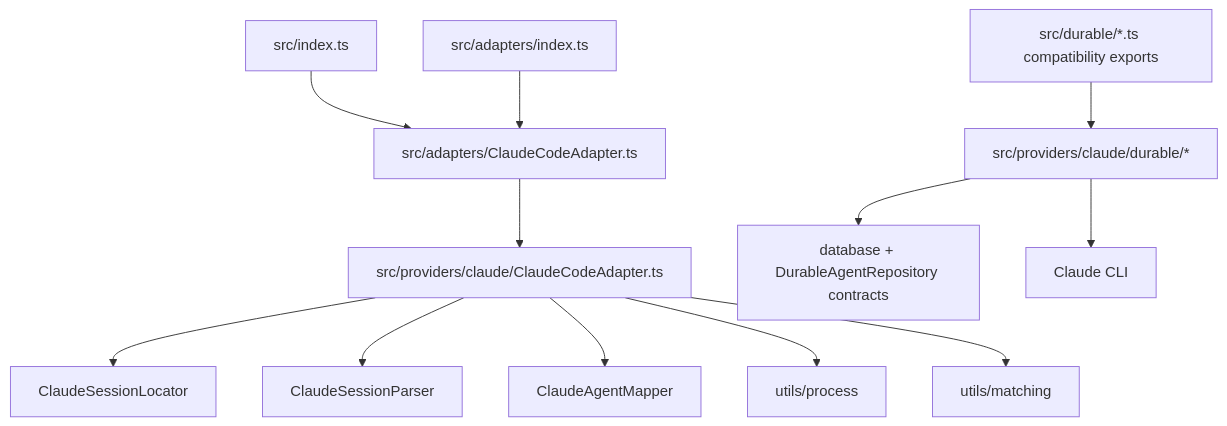
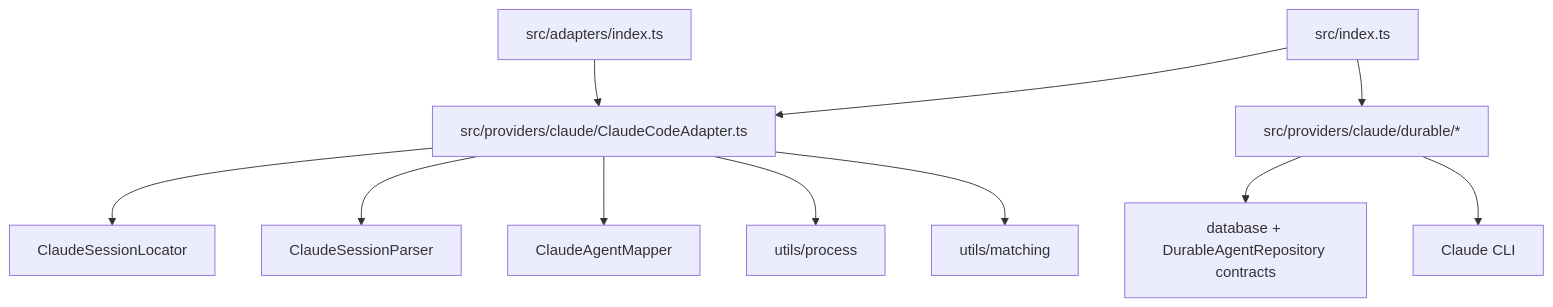
One commit to codeaholicguy/ai-devkit changed the diagram in docs/ai/design/2026-08-23-feature-claude-provider-refactor.md. Above: the diagram before and after it, drawn with Mermaid. The commit also changed other lines of this file and 13 other files, not shown here.

Commit message:
refactor(agent-manager): remove Claude wrapper exports

````diff
--- a/docs/ai/design/2026-08-23-feature-claude-provider-refactor.md
+++ b/docs/ai/design/2026-08-23-feature-claude-provider-refactor.md
@@ -13,16 +13,15 @@
 ```mermaid
 graph TD
-  PublicIndex["src/index.ts"] --> AdapterCompat["src/adapters/ClaudeCodeAdapter.ts"]
-  AdapterIndex["src/adapters/index.ts"] --> AdapterCompat
-  AdapterCompat --> ClaudeAdapter["src/providers/claude/ClaudeCodeAdapter.ts"]
+  PublicIndex["src/index.ts"] --> ClaudeAdapter["src/providers/claude/ClaudeCodeAdapter.ts"]
+  AdapterIndex["src/adapters/index.ts"] --> ClaudeAdapter
 
   ClaudeAdapter --> Locator["ClaudeSessionLocator"]
   ClaudeAdapter --> Parser["ClaudeSessionParser"]
   ClaudeAdapter --> Mapper["ClaudeAgentMapper"]
   ClaudeAdapter --> SharedProcess["utils/process"]
   ClaudeAdapter --> SharedMatching["utils/matching"]
 
-  DurableExports["src/durable/*.ts compatibility exports"] --> ClaudeDurable["src/providers/claude/durable/*"]
+  PublicIndex --> ClaudeDurable["src/providers/claude/durable/*"]
   ClaudeDurable --> Database["database + DurableAgentRepository contracts"]
   ClaudeDurable --> ClaudeCli["Claude CLI"]
 ```
````
